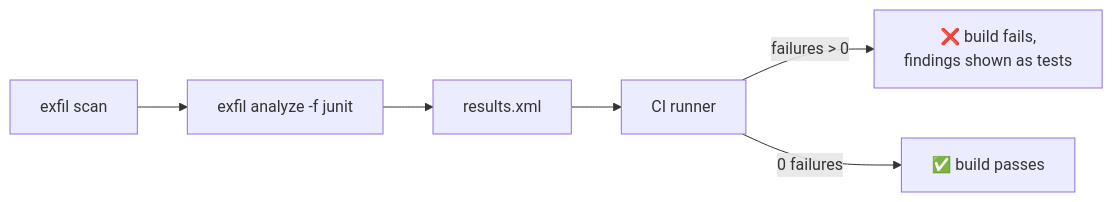
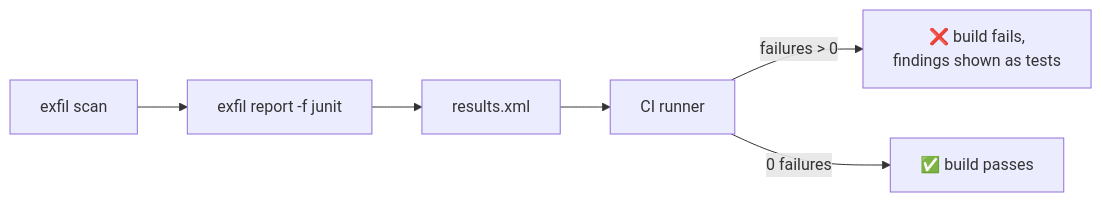
The fifth of 6 diagrams in docs/src/architecture/integrations.md (rangertaha/exfil), drawn with Mermaid before and after one commit. The commit also changed other lines of this file and 10 other files, not shown here.

First line of the commit message:
refactor(cli): make `analyze` a summary instead of a second `report`

````diff
--- a/docs/src/architecture/integrations.md
+++ b/docs/src/architecture/integrations.md
@@ -201,8 +201,8 @@
 ```mermaid
 flowchart LR
-    SCAN["exfil scan"] --> AN["exfil analyze -f junit"]
+    SCAN["exfil scan"] --> AN["exfil report -f junit"]
     AN --> XML["results.xml"]
     XML --> CI["CI runner"]
     CI -->|"failures > 0"| RED["❌ build fails,<br/>findings shown as tests"]
     CI -->|"0 failures"| GREEN["✅ build passes"]
 ```
````
